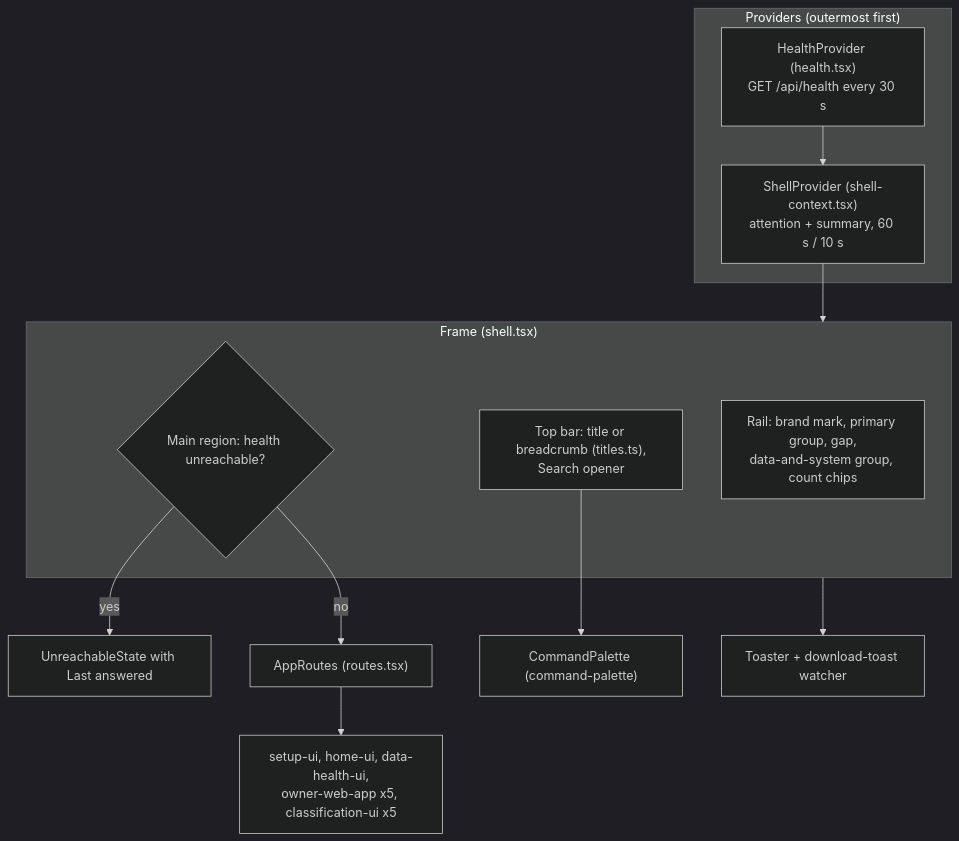
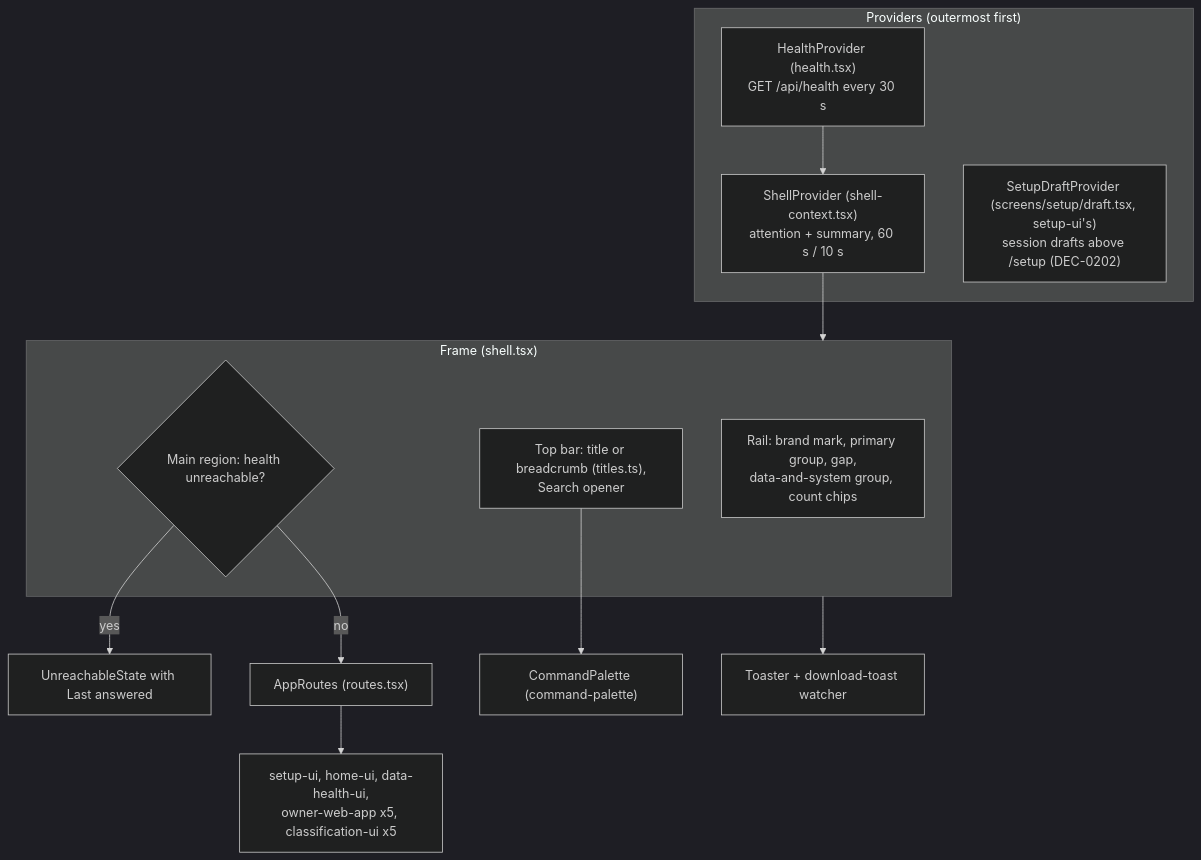
One commit to ajodraca/FactorFlow-v2 changed the first of 2 diagrams in docs/capabilities/CAP-003-app-shell-and-data-health/design/component-design-owner-shell.md. Above: the diagram before and after it, drawn with Mermaid (dark theme). The commit also changed other lines of this file and 8 other files, not shown here.

````diff
--- a/docs/capabilities/CAP-003-app-shell-and-data-health/design/component-design-owner-shell.md
+++ b/docs/capabilities/CAP-003-app-shell-and-data-health/design/component-design-owner-shell.md
@@ -176,18 +179,19 @@
 ```mermaid
 flowchart TB
     subgraph PROV["Providers (outermost first)"]
         HP["HealthProvider (health.tsx)<br/>GET /api/health every 30 s"]
         SP["ShellProvider (shell-context.tsx)<br/>attention + summary, 60 s / 10 s"]
+        SDP["SetupDraftProvider (screens/setup/draft.tsx, setup-ui's)<br/>session drafts above /setup (DEC-0202)"]
     end
     subgraph FRAME["Frame (shell.tsx)"]
         RAIL["Rail: brand mark, primary group, gap,<br/>data-and-system group, count chips"]
         TOP["Top bar: title or breadcrumb (titles.ts),<br/>Search opener"]
         MAIN{"Main region: health unreachable?"}
     end
     HP --> SP --> FRAME
     MAIN -- yes --> UR["UnreachableState with Last answered"]
     MAIN -- no --> RT["AppRoutes (routes.tsx)"]
     RT --> SCR["setup-ui, home-ui, data-health-ui,<br/>owner-web-app x5, classification-ui x5"]
     TOP --> CP["CommandPalette (command-palette)"]
     FRAME --> TO["Toaster + download-toast watcher"]
 ```
````
